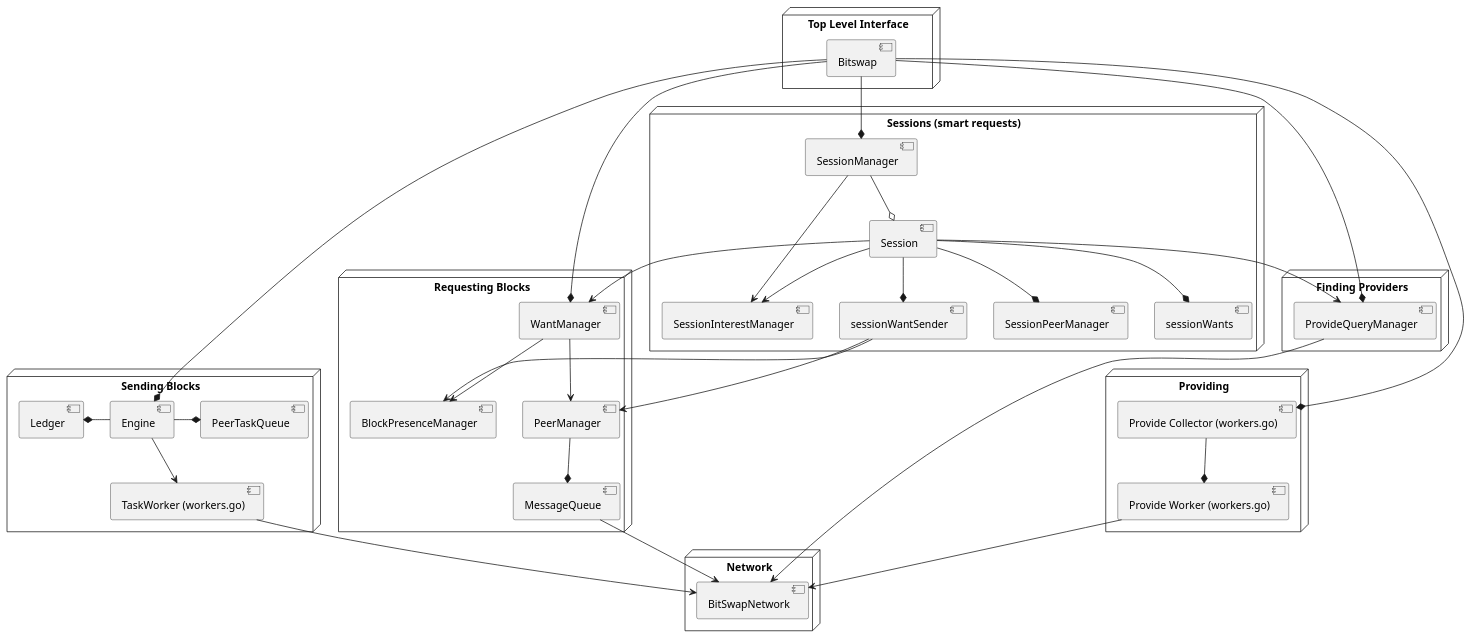
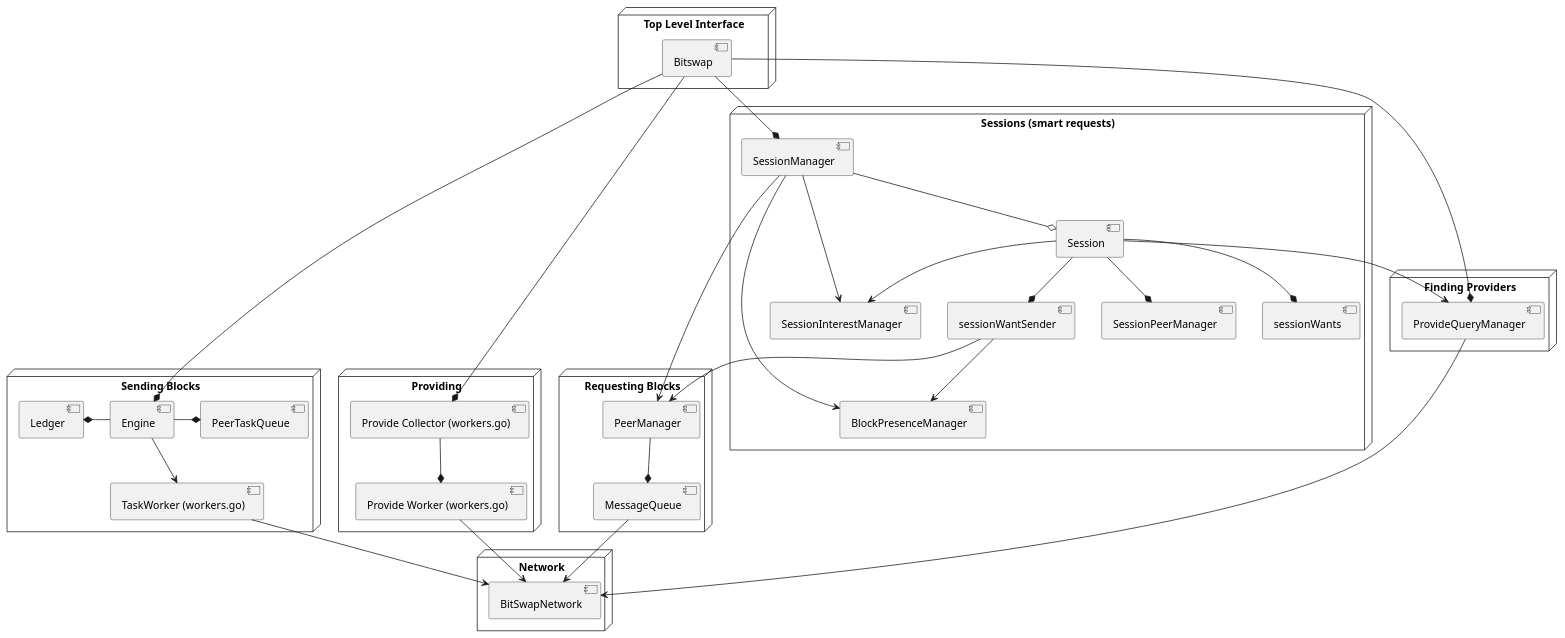
One commit to ipfs/go-bitswap changed the diagram in docs/go-bitswap.puml. Above: the diagram before and after it, drawn with PlantUML. The commit also changed 11 other files, not shown here.

Commit message:
refactor: remove WantManager

```diff
--- a/docs/go-bitswap.puml
+++ b/docs/go-bitswap.puml
@@ -1,51 +1,49 @@
 @startuml Bitswap Components
 
 node "Top Level Interface" {
   [Bitswap]
 }
 
 node "Sending Blocks" {  
   [Bitswap] --* [Engine]
   [Engine] -left-* [Ledger]
   [Engine] -right-* [PeerTaskQueue]
   [Engine] --> [TaskWorker (workers.go)]
-}
-
-node "Requesting Blocks" {
-  [Bitswap] --* [WantManager]
-  [WantManager] --> [BlockPresenceManager]
-  [WantManager] --> [PeerManager]
-  [PeerManager] --* [MessageQueue]
 }
 
 node "Providing" {
   [Bitswap] --* [Provide Collector (workers.go)]
   [Provide Collector (workers.go)] --* [Provide Worker (workers.go)]
 }
 
 node "Finding Providers" {
   [Bitswap] --* [ProvideQueryManager]
 }
 
 node "Sessions (smart requests)" {
   [Bitswap] --* [SessionManager]
   [SessionManager] --> [SessionInterestManager]
   [SessionManager] --o [Session]
+  [SessionManager] --> [BlockPresenceManager]
   [Session] --* [sessionWantSender]
   [Session] --* [SessionPeerManager]
-  [Session] --> [WantManager]
   [Session] --> [ProvideQueryManager]
   [Session] --* [sessionWants]
   [Session] --> [SessionInterestManager]
   [sessionWantSender] --> [BlockPresenceManager]
+}
+
+node "Requesting Blocks" {  
+  [SessionManager] --> [PeerManager]
   [sessionWantSender] --> [PeerManager]
+  [PeerManager] --* [MessageQueue]
 }
 
 node "Network" {
   [BitSwapNetwork]
   [MessageQueue] --> [BitSwapNetwork]
   [ProvideQueryManager] --> [BitSwapNetwork]
   [TaskWorker (workers.go)] --> [BitSwapNetwork]
   [Provide Worker (workers.go)] --> [BitSwapNetwork]
 }
 @enduml
```
